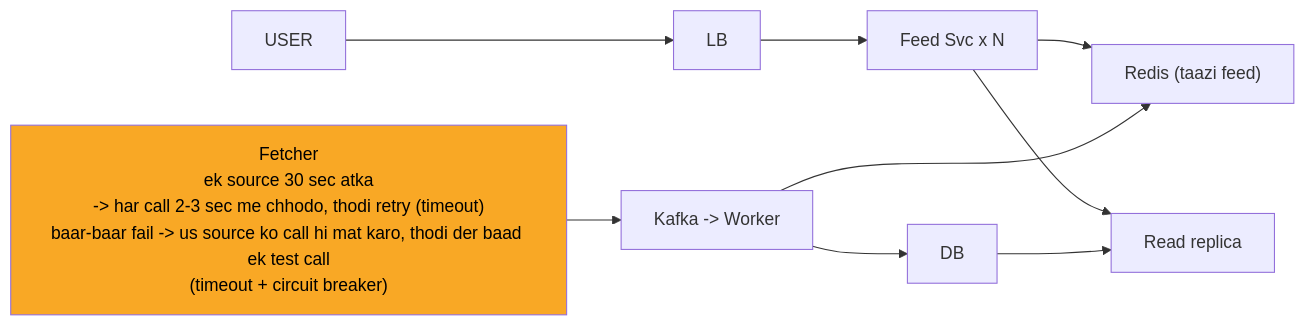
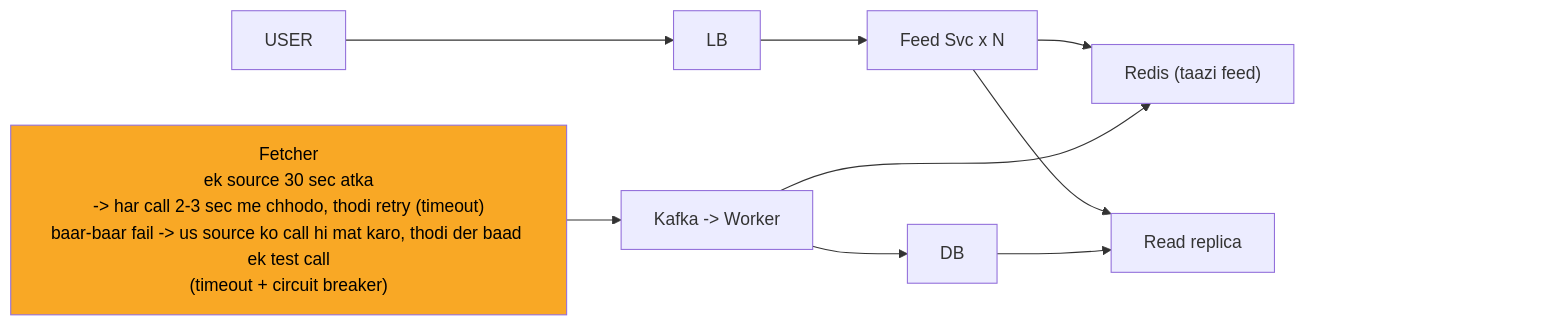
The sixth of 11 diagrams in 04_HLD/SYSTEM_DESIGNS/08_news_aggregator/08_news_aggregator_INTERVIEW.md (ArpanMaheshwari144/Prep), drawn with Mermaid before and after one commit. The commit also changed other lines of this file and 13 other files, not shown here.

Commit message:
hld 14 file: har diagram ke daayein andekha dabba, zoom button asli dabbe pe na aaye

````diff
--- a/04_HLD/SYSTEM_DESIGNS/08_news_aggregator/08_news_aggregator_INTERVIEW.md
+++ b/04_HLD/SYSTEM_DESIGNS/08_news_aggregator/08_news_aggregator_INTERVIEW.md
@@ -236,21 +251,24 @@
 ```mermaid
 %%{init: {"flowchart": {"wrappingWidth": 450}}}%%
 flowchart LR
     n_USER["USER"]
     n_LB["LB"]
     n_Feed_Svc_xN["Feed Svc x N"]
     n_Redis["Redis (taazi feed)"]
     n_Read_replica["Read replica"]
     n_DB["DB"]
     n_KW["Kafka -> Worker"]
     n_Fetcher["Fetcher<br/>ek source 30 sec atka<br/>-> har call 2-3 sec me chhodo, thodi retry (timeout)<br/>baar-baar fail -> us source ko call hi mat karo, thodi der baad ek test call<br/>(timeout + circuit breaker)"]
     n_USER --> n_LB
     n_LB --> n_Feed_Svc_xN
     n_Feed_Svc_xN --> n_Redis
     n_Feed_Svc_xN --> n_Read_replica
     n_DB --> n_Read_replica
     n_KW --> n_DB
     n_KW --> n_Redis
     n_Fetcher --> n_KW
+    n_pad["xxxxxxxxxxxxxxxx"]
+    n_Read_replica ~~~ n_pad
     style n_Fetcher fill:#f9a825,color:#000
+    style n_pad fill:none,stroke:none,color:#ffffff00
 ```
````
